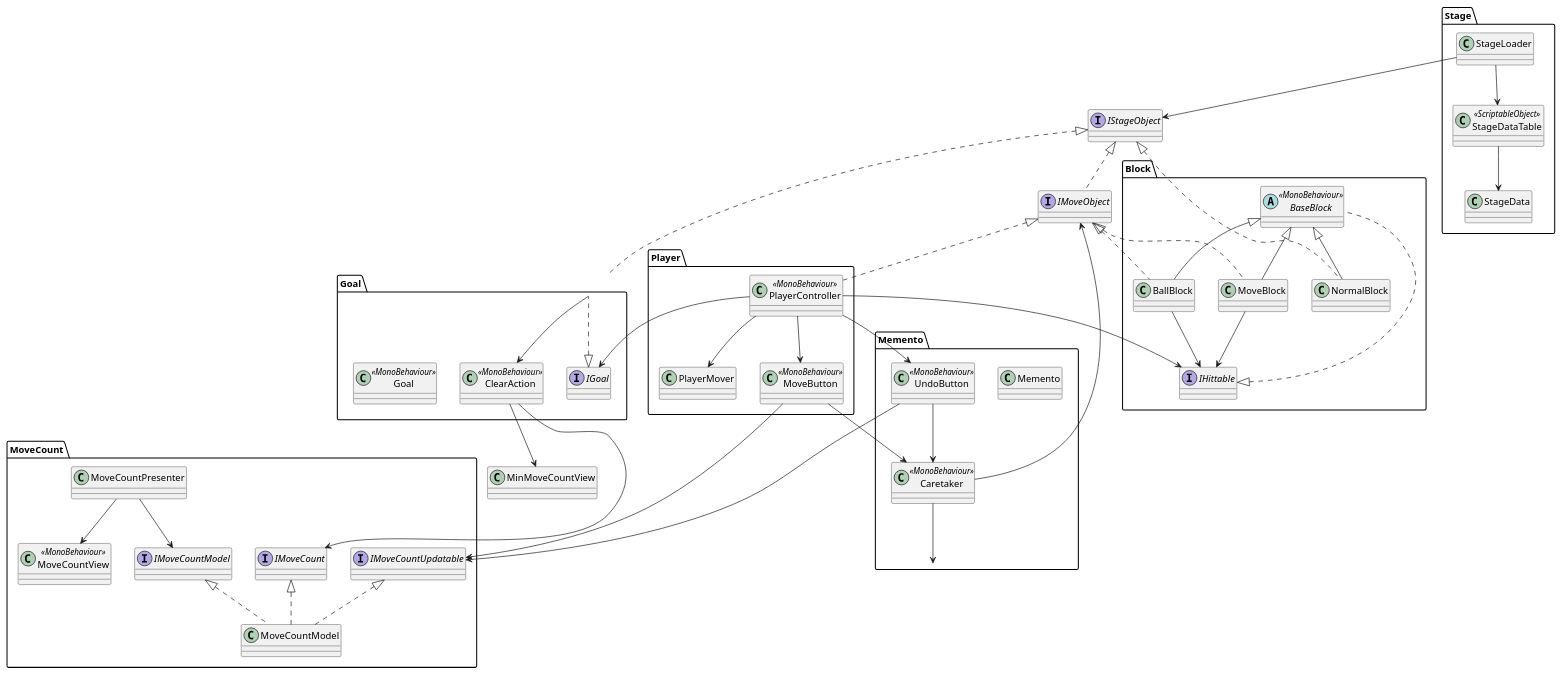
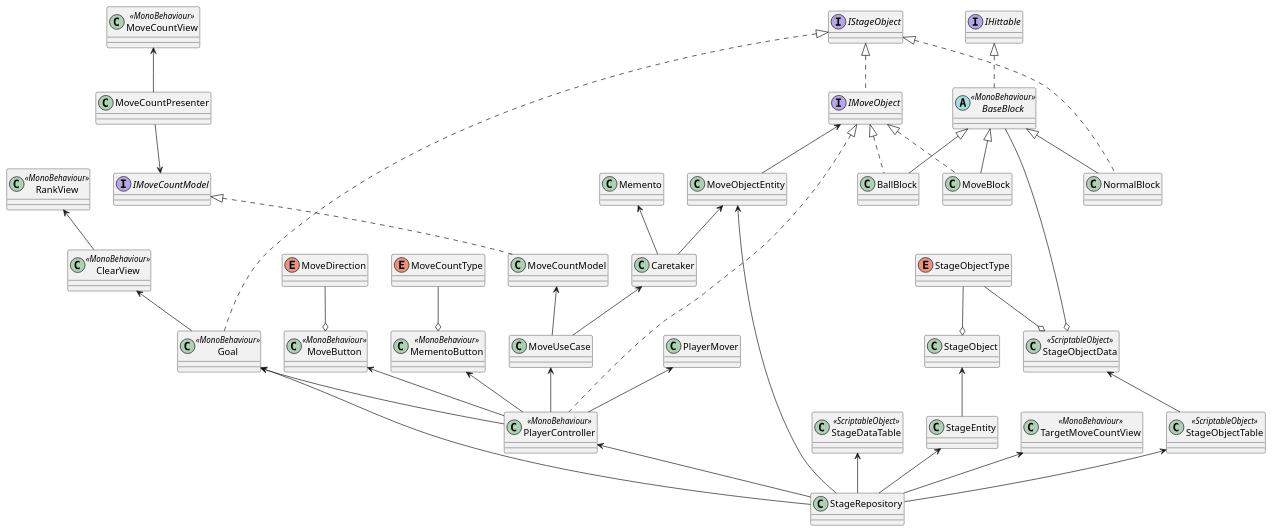
Before and after one commit to kitatas/Push-and-Stop: the diagram in Assets/RollingBall/Scripts/class.puml, drawn with PlantUML. The commit also changed 1 other file, not shown here.

Commit message:
fix: クラス図修正

```diff
--- a/Assets/RollingBall/Scripts/class.puml
+++ b/Assets/RollingBall/Scripts/class.puml
@@ -1,92 +1,92 @@
 @startuml
 
-package Block {
-    interface IHittable
-    abstract class BaseBlock <<MonoBehaviour>>
-    class NormalBlock
-    class MoveBlock
-    class BallBlock
-}
+interface IMoveCountModel
+class MoveCountModel
+class MoveCountView<<MonoBehaviour>>
+class MoveCountPresenter
+enum MoveCountType
 
-package MoveCount {
-    interface IMoveCount
-    interface IMoveCountModel
-    interface IMoveCountUpdatable
-    class MoveCountModel
-    class MoveCountPresenter
-    class MoveCountView <<MonoBehaviour>>
-}
+IMoveCountModel <|.. MoveCountModel
+IMoveCountModel <-up- MoveCountPresenter
+MoveCountView <-- MoveCountPresenter
 
-package Player {
-    class PlayerController <<MonoBehaviour>>
-    class PlayerMover
-    class MoveButton <<MonoBehaviour>>
-}
 
-package Stage {
-    class StageData
-    class StageDataTable <<ScriptableObject>>
-    class StageLoader
-}
+class PlayerController<<MonoBehaviour>>
+class PlayerMover
+class MoveUseCase
+class MoveButton<<MonoBehaviour>>
+enum MoveDirection
 
-class MinMoveCountView
+MoveButton o-up- MoveDirection
+Caretaker <-- MoveUseCase
+MoveCountModel <-- MoveUseCase
+IMoveObject <|.. PlayerController
+PlayerMover <-- PlayerController
+MoveUseCase <-- PlayerController
+MoveButton <-- PlayerController
+Goal <-- PlayerController
+
+
+class Caretaker
+class Memento
+class MementoButton<<MonoBehaviour>>
+
+MoveObjectEntity <-- Caretaker
+Memento <-- Caretaker
+IMoveObject <-- MoveObjectEntity
+MementoButton o-up- MoveCountType
+MementoButton <-- PlayerController
+
+class StageDataTable<<ScriptableObject>>
+class StageRepository
+class StageEntity
+class StageObject
+class TargetMoveCountView<<MonoBehaviour>>
+enum StageObjectType
+
+MoveObjectEntity <-- StageRepository
+PlayerController <-- StageRepository
+Goal <- StageRepository
+StageDataTable <-- StageRepository
+StageObjectTable <-- StageRepository
+StageEntity <-- StageRepository
+TargetMoveCountView <-- StageRepository
+StageObject <-- StageEntity
+StageObject o-up- StageObjectType
 
 interface IStageObject
 interface IMoveObject
+class MoveObjectEntity
+class Goal<<MonoBehaviour>>
 
-package Goal {
-    interface IGoal
-    class Goal <<MonoBehaviour>>
-    class ClearAction <<MonoBehaviour>>
-}
+IStageObject <|.. IMoveObject
+IStageObject <|.. Goal
 
-package Memento {
-    class Memento
-    class Caretaker <<MonoBehaviour>>
-    class UndoButton <<MonoBehaviour>>
-}
+interface IHittable
+abstract class BaseBlock<<MonoBehaviour>>
+class NormalBlock
+class MoveBlock
+class BallBlock
 
-IMoveObject .up.|> IStageObject
+IHittable <|.. BaseBlock
+BaseBlock <|-- NormalBlock
+BaseBlock <|-- MoveBlock
+BaseBlock <|-- BallBlock
+IStageObject <|.. NormalBlock
+IMoveObject <|.. MoveBlock
+IMoveObject <|.. BallBlock
 
-BaseBlock .up.|> IHittable
-NormalBlock .up.|> IStageObject
-MoveBlock .up.|> IMoveObject
-BallBlock .up.|> IMoveObject
-NormalBlock -up-|> BaseBlock
-MoveBlock -up-|> BaseBlock
-BallBlock -up-|> BaseBlock
-MoveBlock --> IHittable
-BallBlock --> IHittable
+class StageObjectData<<ScriptableObject>>
+class StageObjectTable<<ScriptableObject>>
 
-MoveCountPresenter --> IMoveCountModel
-MoveCountPresenter --> MoveCountView
-MoveCountModel .up.|> IMoveCount
-MoveCountModel .up.|> IMoveCountModel
-MoveCountModel .up.|> IMoveCountUpdatable
+StageObjectData <-- StageObjectTable
+StageObjectData o-up- BaseBlock
+StageObjectData o-up- StageObjectType
 
-PlayerController .up.|> IMoveObject
-PlayerController --> PlayerMover
-PlayerController --> MoveButton
-PlayerController --> IHittable
-PlayerController --> IGoal
-PlayerController --> UndoButton
+class ClearView<<MonoBehaviour>>
+class RankView<<MonoBehaviour>>
 
-MoveButton ---> IMoveCountUpdatable
-MoveButton --> Caretaker
-
-Goal .up.|> IStageObject
-Goal .left.|> IGoal
-Goal --> ClearAction
-ClearAction --> MinMoveCountView
-ClearAction -> IMoveCount
-
-StageDataTable --> StageData
-StageLoader --> StageDataTable
-StageLoader --> IStageObject
-
-Caretaker --> Memento
-Caretaker -up-> IMoveObject
-UndoButton --> Caretaker
-UndoButton --> IMoveCountUpdatable
+RankView <-- ClearView
+ClearView <-- Goal
 
 @enduml
```
